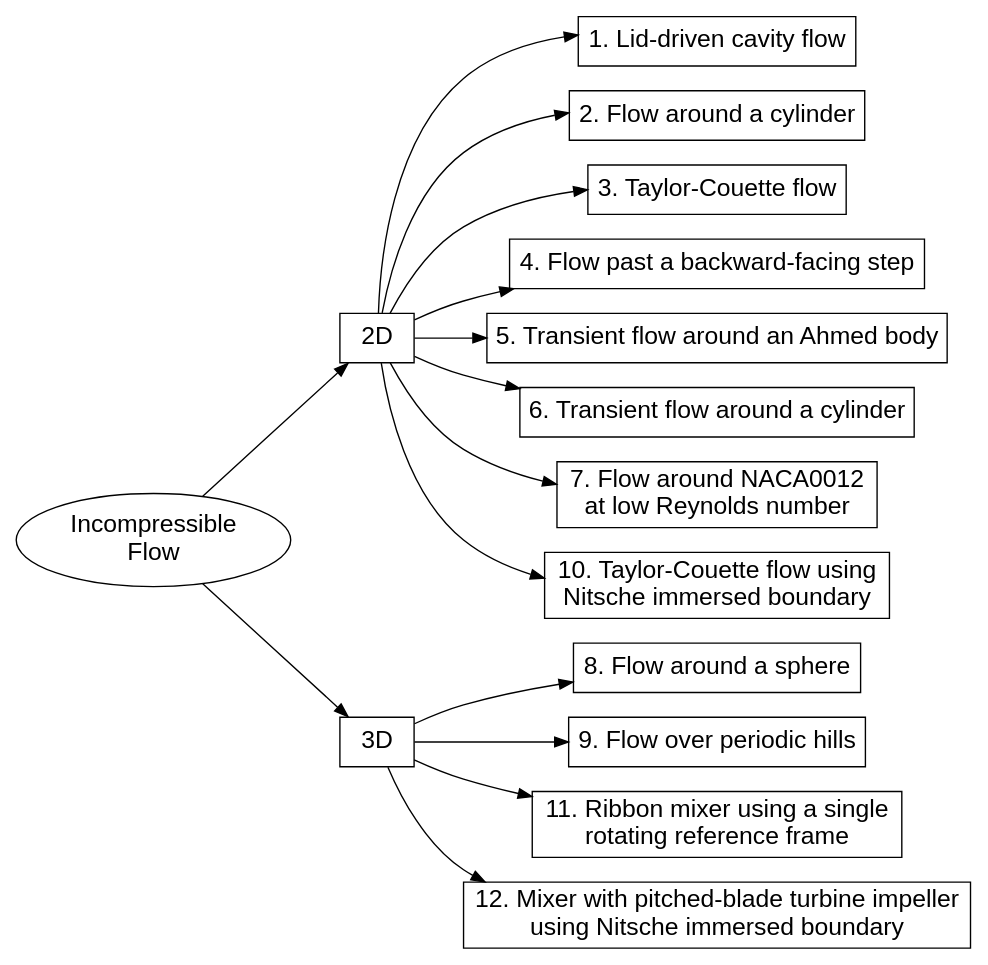
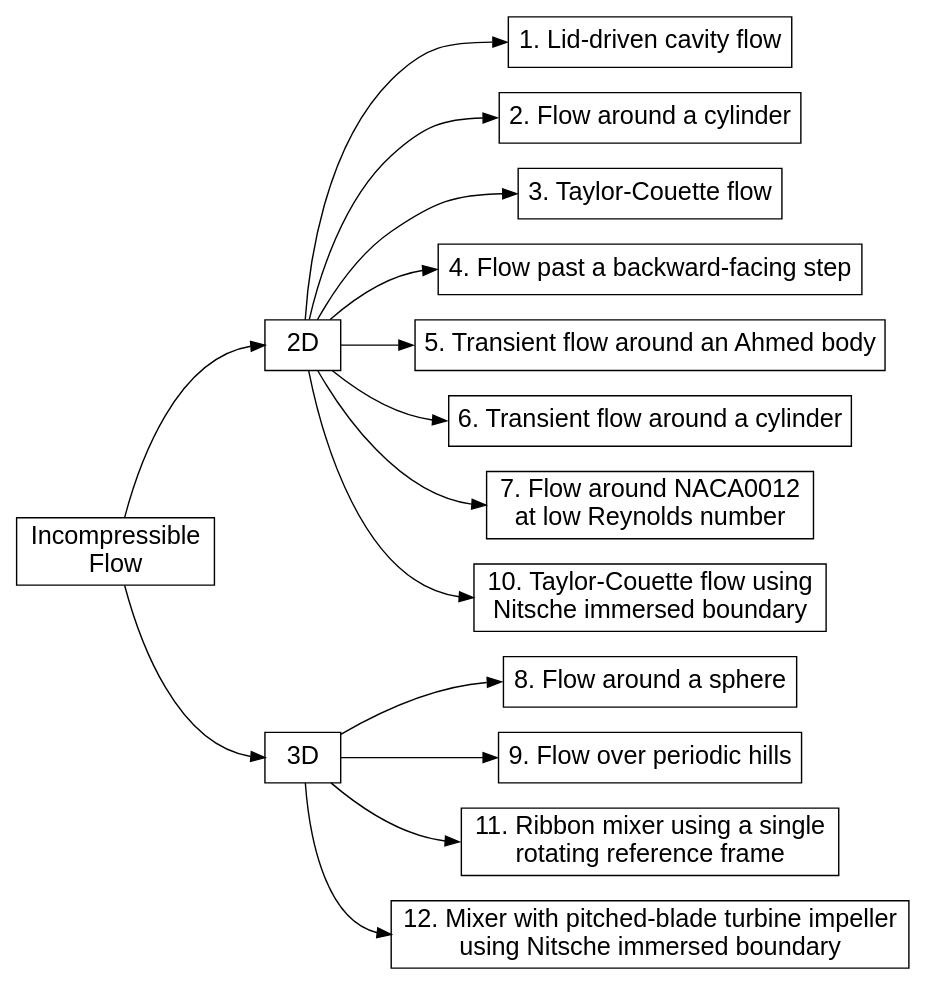
The diagram in doc/source/examples/incompressible-flow/incompressible-flow.rst (chaos-polymtl/lethe), drawn with Graphviz before and after one commit. The commit also changed other lines of this file and 5 other files, not shown here.

```diff
--- a/doc/source/examples/incompressible-flow/incompressible-flow.rst
+++ b/doc/source/examples/incompressible-flow/incompressible-flow.rst
@@ -23,56 +24,56 @@
 .. graphviz:: 
 
     digraph incompressible_diagram {
       graph [align=true];
-      node [fontname=Arial, fontsize=18];
+      node [fontname=Arial, fontsize=18,  shape=box];
       center=true;
       fontname="Comic Sans MS";
       fontsize = "20";
       rankdir="LR";
       size = "9,9";
 
       incompressible_flow [label="Incompressible \nFlow", href="https://lethe-cfd.github.io/lethe/examples/incompressible-flow/incompressible-flow.html"];
 
       incompressible_1 [label="2D",shape=polygon,sides=4]; 
 
-      incompressible_1_1 [label="1. Lid-driven cavity flow",shape=polygon,sides=4, href="https://lethe-cfd.github.io/lethe/examples/incompressible-flow/2d-lid%E2%80%90driven-cavity-flow/lid%E2%80%90driven-cavity-flow.html"]; 
+      incompressible_1_1 [label="1. Lid-driven cavity flow",href="https://lethe-cfd.github.io/lethe/examples/incompressible-flow/2d-lid%E2%80%90driven-cavity-flow/lid%E2%80%90driven-cavity-flow.html"]; 
 
-      incompressible_1_2 [label="2. Flow around a cylinder", shape=polygon,sides=4, href="https://lethe-cfd.github.io/lethe/examples/incompressible-flow/2d-flow-around-cylinder/2d-flow-around-cylinder.html"];
+      incompressible_1_2 [label="2. Flow around a cylinder", href="https://lethe-cfd.github.io/lethe/examples/incompressible-flow/2d-flow-around-cylinder/2d-flow-around-cylinder.html"];
 
-      incompressible_1_3 [label="3. Taylor-Couette flow", shape=polygon,sides=4, href="https://lethe-cfd.github.io/lethe/examples/incompressible-flow/2d-taylor-couette-flow/2d-taylor-couette-flow.html"];
+      incompressible_1_3 [label="3. Taylor-Couette flow", href="https://lethe-cfd.github.io/lethe/examples/incompressible-flow/2d-taylor-couette-flow/2d-taylor-couette-flow.html"];
 
-      incompressible_1_4 [label="4. Flow past a backward-facing step", shape=polygon,sides=4, href="https://lethe-cfd.github.io/lethe/examples/incompressible-flow/2d-backward-facing-step/2d-backward-facing-step.html"];
+      incompressible_1_4 [label="4. Flow past a backward-facing step", href="https://lethe-cfd.github.io/lethe/examples/incompressible-flow/2d-backward-facing-step/2d-backward-facing-step.html"];
 
-      incompressible_1_5 [label="5. Transient flow around an Ahmed body", shape=polygon,sides=4, href="https://lethe-cfd.github.io/lethe/examples/incompressible-flow/2d-transient-around-ahmed-body/2d-transient-around-ahmed-body.html"];
+      incompressible_1_5 [label="5. Transient flow around an Ahmed body", href="https://lethe-cfd.github.io/lethe/examples/incompressible-flow/2d-transient-around-ahmed-body/2d-transient-around-ahmed-body.html"];
 
-      incompressible_1_6 [label="6. Transient flow around a cylinder", shape=polygon,sides=4, href="https://lethe-cfd.github.io/lethe/examples/incompressible-flow/2d-transient-flow-around-cylinder/2d-transient-flow-around-cylinder.html"];
+      incompressible_1_6 [label="6. Transient flow around a cylinder", href="https://lethe-cfd.github.io/lethe/examples/incompressible-flow/2d-transient-flow-around-cylinder/2d-transient-flow-around-cylinder.html"];
 
-      incompressible_1_7 [label="7. Flow around NACA0012 \nat low Reynolds number", shape=polygon,sides=4, href="https://lethe-cfd.github.io/lethe/examples/incompressible-flow/2d-naca0012-low-reynolds/2d-naca0012-low-reynolds.html"];
+      incompressible_1_7 [label="7. Flow around NACA0012 \nat low Reynolds number", href="https://lethe-cfd.github.io/lethe/examples/incompressible-flow/2d-naca0012-low-reynolds/2d-naca0012-low-reynolds.html"];
 
-      incompressible_1_8 [label="10. Taylor-Couette flow using \nNitsche immersed boundary", shape=polygon,sides=4, href="https://lethe-cfd.github.io/lethe/examples/incompressible-flow/2d-taylor-couette-flow-nitsche/2d-taylor-couette-flow-nitsche.html"];
+      incompressible_1_8 [label="10. Taylor-Couette flow using \nNitsche immersed boundary", href="https://lethe-cfd.github.io/lethe/examples/incompressible-flow/2d-taylor-couette-flow-nitsche/2d-taylor-couette-flow-nitsche.html"];
 
       incompressible_2 [label="3D",shape=polygon,sides=4]; 
 
-      incompressible_2_1 [label="8. Flow around a sphere", shape=polygon,sides=4, href="https://lethe-cfd.github.io/lethe/examples/incompressible-flow/3d-flow-around-sphere/flow-around-sphere.html"];
+      incompressible_2_1 [label="8. Flow around a sphere", href="https://lethe-cfd.github.io/lethe/examples/incompressible-flow/3d-flow-around-sphere/flow-around-sphere.html"];
       
-      incompressible_2_2 [label="9. Flow over periodic hills", shape=polygon,sides=4, href="https://lethe-cfd.github.io/lethe/examples/incompressible-flow/3d-flow-over-periodic-hills/3d-flow-over-periodic-hills.html"];
+      incompressible_2_2 [label="9. Flow over periodic hills", href="https://lethe-cfd.github.io/lethe/examples/incompressible-flow/3d-flow-over-periodic-hills/3d-flow-over-periodic-hills.html"];
 
-      incompressible_2_3 [label="11. Ribbon mixer using a single \n rotating reference frame", shape=polygon,sides=4, href="https://lethe-cfd.github.io/lethe/examples/incompressible-flow/3d-mixer-using-single-rotating-frame/3d-mixer-using-single-rotating-frame.html"];
+      incompressible_2_3 [label="11. Ribbon mixer using a single \n rotating reference frame", href="https://lethe-cfd.github.io/lethe/examples/incompressible-flow/3d-mixer-using-single-rotating-frame/3d-mixer-using-single-rotating-frame.html"];
 
-      incompressible_2_4 [label="12. Mixer with pitched-blade turbine impeller \nusing Nitsche immersed boundary", shape=polygon,sides=4, href="https://lethe-cfd.github.io/lethe/examples/incompressible-flow/3d-nitsche-mixer-with-pbt-impeller/nitsche-mixer-with-pbt-impeller.html"];
+      incompressible_2_4 [label="12. Mixer with pitched-blade turbine impeller \nusing Nitsche immersed boundary", href="https://lethe-cfd.github.io/lethe/examples/incompressible-flow/3d-nitsche-mixer-with-pbt-impeller/nitsche-mixer-with-pbt-impeller.html"];
 
-      incompressible_flow -> incompressible_1;
-      incompressible_flow -> incompressible_2;
-      incompressible_1 -> incompressible_1_1;
-      incompressible_1 -> incompressible_1_2;
-      incompressible_1 -> incompressible_1_3;
-      incompressible_1 -> incompressible_1_4;
-      incompressible_1 -> incompressible_1_5;
-      incompressible_1 -> incompressible_1_6;
-      incompressible_1 -> incompressible_1_7;
-      incompressible_1 -> incompressible_1_8;
-      incompressible_2 -> incompressible_2_1;
-      incompressible_2 -> incompressible_2_2;
-      incompressible_2 -> incompressible_2_3;
-      incompressible_2 -> incompressible_2_4;
+      incompressible_flow -> incompressible_1:w;
+      incompressible_flow -> incompressible_2:w;
+      incompressible_1 -> incompressible_1_1:w;
+      incompressible_1 -> incompressible_1_2:w;
+      incompressible_1 -> incompressible_1_3:w;
+      incompressible_1 -> incompressible_1_4:w;
+      incompressible_1 -> incompressible_1_5:w;
+      incompressible_1 -> incompressible_1_6:w;
+      incompressible_1 -> incompressible_1_7:w;
+      incompressible_1 -> incompressible_1_8:w;
+      incompressible_2 -> incompressible_2_1:w;
+      incompressible_2 -> incompressible_2_2:w;
+      incompressible_2 -> incompressible_2_3:w;
+      incompressible_2 -> incompressible_2_4:w;
     }
```
